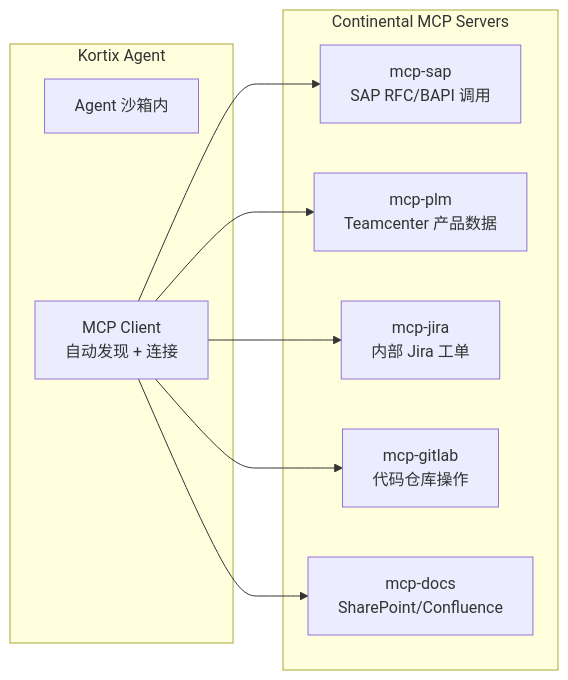
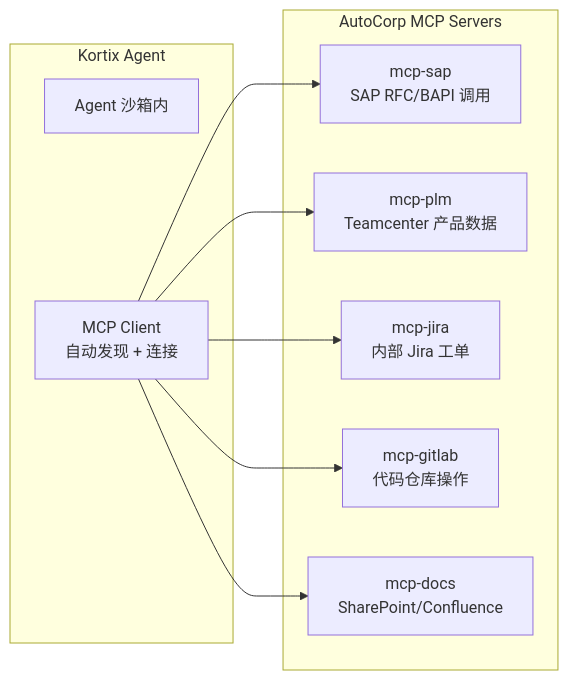
Diagram 17 of 19 in suna-deep-dive.md (SilkLee/full-stack-guide), drawn with Mermaid before and after one commit. The commit also changed other lines of this file, not shown here.

Commit message:
Replace all Continental references with AutoCorp (fake company name)

````diff
--- a/suna-deep-dive.md
+++ b/suna-deep-dive.md
@@ -1078,21 +1078,21 @@
 ```mermaid
 flowchart LR
-    subgraph MCP_SERVERS["Continental MCP Servers"]
+    subgraph MCP_SERVERS["AutoCorp MCP Servers"]
         MCP_SAP["mcp-sap<br/>SAP RFC/BAPI 调用"]
         MCP_PLM["mcp-plm<br/>Teamcenter 产品数据"]
         MCP_JIRA["mcp-jira<br/>内部 Jira 工单"]
         MCP_GITLAB["mcp-gitlab<br/>代码仓库操作"]
         MCP_DOCS["mcp-docs<br/>SharePoint/Confluence"]
     end
 
     subgraph KORTIX["Kortix Agent"]
         AGENT["Agent 沙箱内"]
         MCP_CLIENT["MCP Client<br/>自动发现 + 连接"]
     end
 
     MCP_CLIENT --> MCP_SAP
     MCP_CLIENT --> MCP_PLM
     MCP_CLIENT --> MCP_JIRA
     MCP_CLIENT --> MCP_GITLAB
     MCP_CLIENT --> MCP_DOCS
 ```
````
